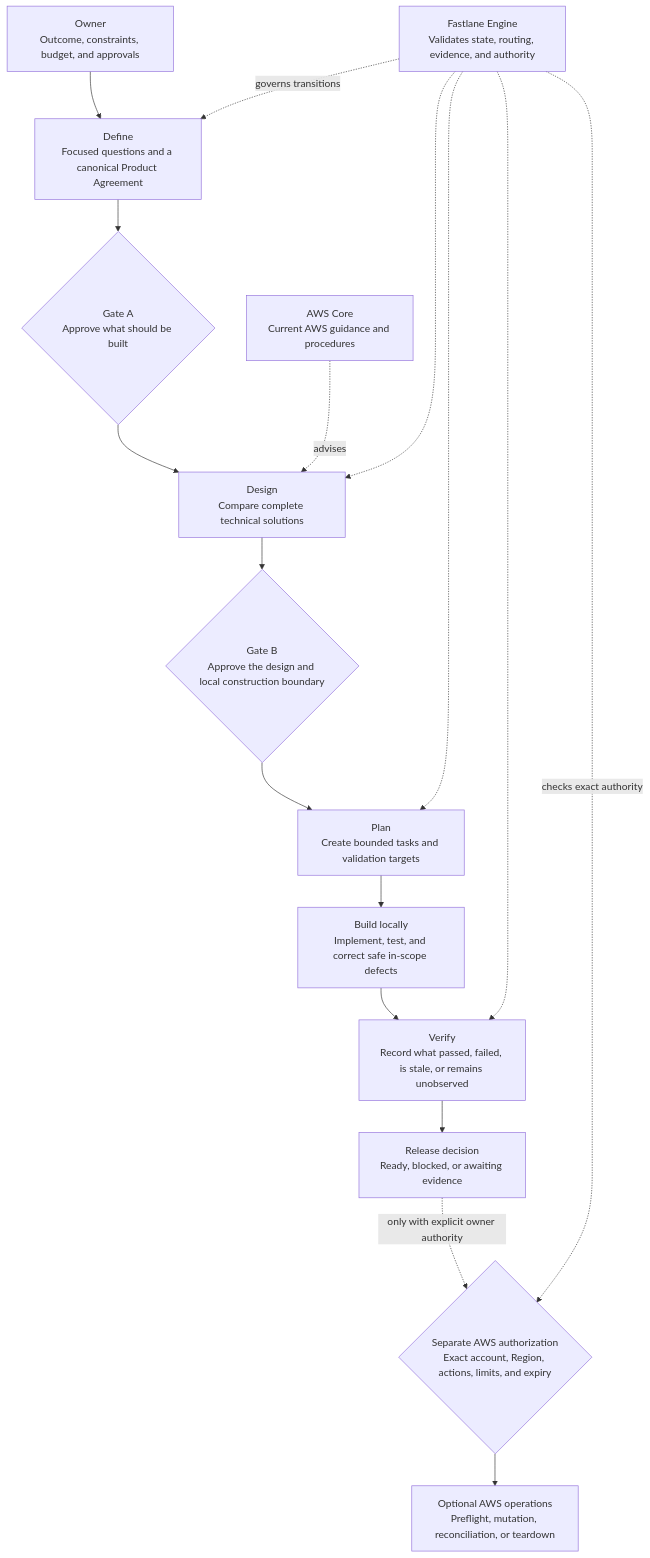
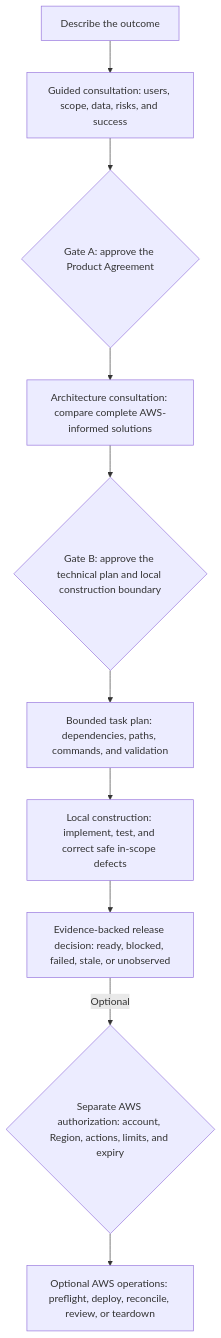
The first of 2 diagrams in README.md (Levi-Breedlove/codex-aws-aidlc), drawn with Mermaid before and after one commit. The commit also changed other lines of this file and 10 other files, not shown here.

First line of the commit message:
docs: present Fastlane as an AWS governance platform (#94)

````diff
--- a/README.md
+++ b/README.md
@@ -39,25 +50,20 @@
 ```mermaid
-flowchart TD
-    OWNER["Owner<br/>Outcome, constraints, budget, and approvals"]
-    DEFINE["Define<br/>Focused questions and a canonical Product Agreement"]
-    GATEA{"Gate A<br/>Approve what should be built"}
-    DESIGN["Design<br/>Compare complete technical solutions"]
-    GATEB{"Gate B<br/>Approve the design and local construction boundary"}
-    PLAN["Plan<br/>Create bounded tasks and validation targets"]
-    BUILD["Build locally<br/>Implement, test, and correct safe in-scope defects"]
-    EVIDENCE["Verify<br/>Record what passed, failed, is stale, or remains unobserved"]
-    RELEASE["Release decision<br/>Ready, blocked, or awaiting evidence"]
-    AWSAUTH{"Separate AWS authorization<br/>Exact account, Region, actions, limits, and expiry"}
-    AWSOPS["Optional AWS operations<br/>Preflight, mutation, reconciliation, or teardown"]
-    AWSCORE["AWS Core<br/>Current AWS guidance and procedures"]
-    ENGINE["Fastlane Engine<br/>Validates state, routing, evidence, and authority"]
+flowchart TB
+    accTitle: Fastlane customer delivery lifecycle
+    accDescr: The owner describes an outcome, approves requirements and the technical plan, Codex builds and validates locally, and AWS operations remain separately authorized.
 
-    OWNER --> DEFINE --> GATEA --> DESIGN --> GATEB --> PLAN --> BUILD --> EVIDENCE --> RELEASE
-    AWSCORE -. "advises" .-> DESIGN
-    ENGINE -. "governs transitions" .-> DEFINE
-    ENGINE -.-> DESIGN
-    ENGINE -.-> PLAN
-    ENGINE -.-> EVIDENCE
-    RELEASE -. "only with explicit owner authority" .-> AWSAUTH --> AWSOPS
-    ENGINE -. "checks exact authority" .-> AWSAUTH
+    IDEA["Describe the outcome"]
+    DEFINE["Guided consultation: users, scope, data, risks, and success"]
+    GATEA{"Gate A: approve the Product Agreement"}
+    DESIGN["Architecture consultation: compare complete AWS-informed solutions"]
+    GATEB{"Gate B: approve the technical plan and local construction boundary"}
+    TASKS["Bounded task plan: dependencies, paths, commands, and validation"]
+    BUILD["Local construction: implement, test, and correct safe in-scope defects"]
+    RELEASE["Evidence-backed release decision: ready, blocked, failed, stale, or unobserved"]
+    AWSAUTH{"Separate AWS authorization: account, Region, actions, limits, and expiry"}
+    AWSOPS["Optional AWS operations: preflight, deploy, reconcile, review, or teardown"]
+
+    IDEA --> DEFINE --> GATEA --> DESIGN --> GATEB
+    GATEB --> TASKS --> BUILD --> RELEASE
+    RELEASE -->|"Optional"| AWSAUTH --> AWSOPS
 ```
````
